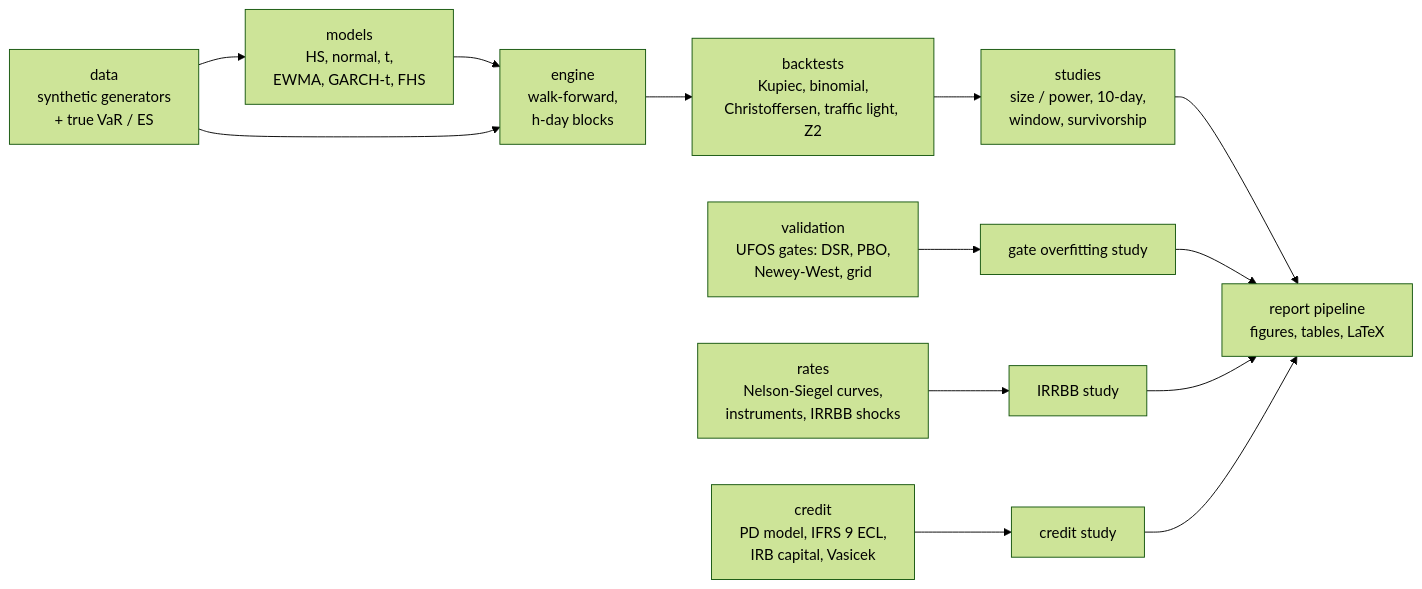
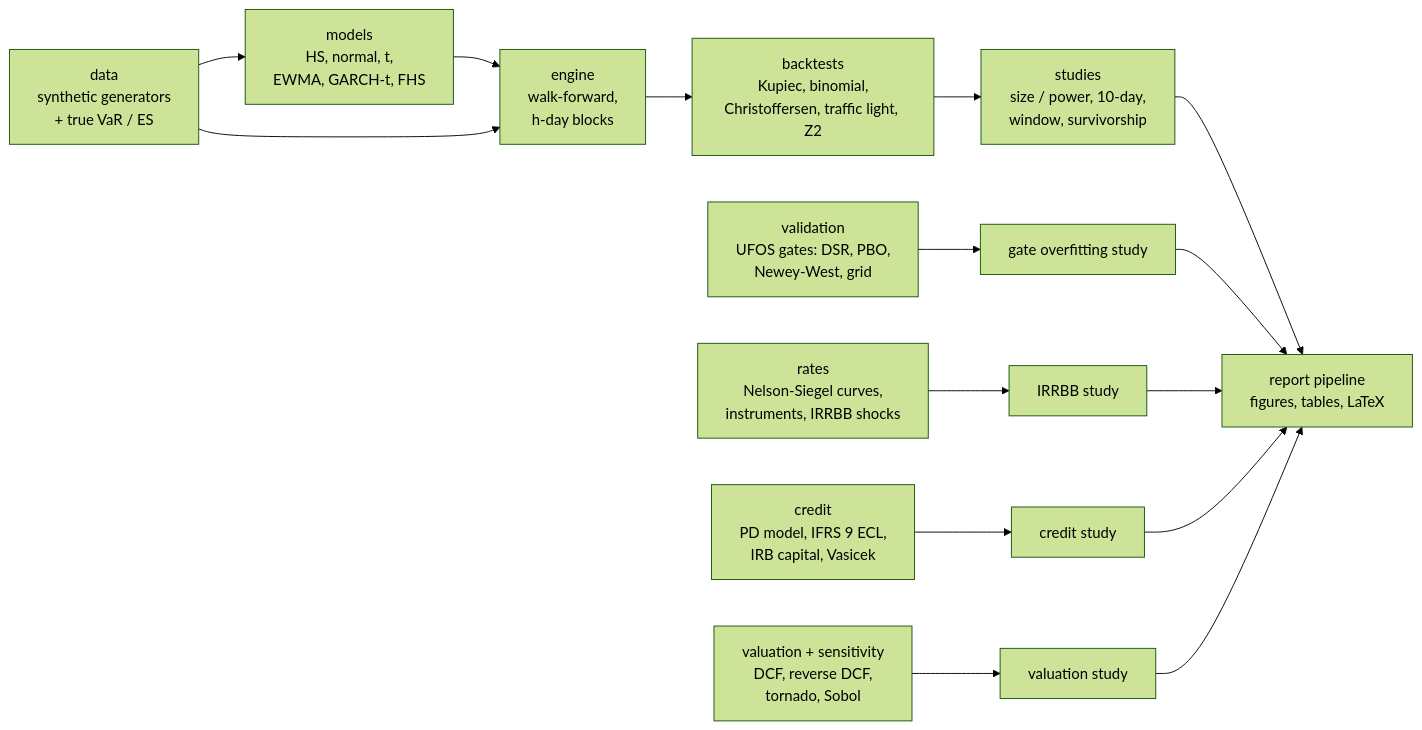
One commit to DasPinguinHD/UFOS.ai changed the diagram in UFOS.ai/RiskLab/README.md. Above: the diagram before and after it, drawn with Mermaid (forest theme). The commit also changed other lines of this file and 52 other files, not shown here.

First line of the commit message:
RiskLab v0.9: reverse DCF and sensitivity analysis

````diff
--- a/UFOS.ai/RiskLab/README.md
+++ b/UFOS.ai/RiskLab/README.md
@@ -127,15 +138,17 @@
 ```mermaid
 flowchart LR
     D["data<br/>synthetic generators<br/>+ true VaR / ES"] --> M["models<br/>HS, normal, t,<br/>EWMA, GARCH-t, FHS"]
     M --> E["engine<br/>walk-forward,<br/>h-day blocks"]
     D --> E
     E --> B["backtests<br/>Kupiec, binomial,<br/>Christoffersen, traffic light, Z2"]
     B --> S["studies<br/>size / power, 10-day,<br/>window, survivorship"]
     V["validation<br/>UFOS gates: DSR, PBO,<br/>Newey-West, grid"] --> S2["gate overfitting study"]
     S --> R["report pipeline<br/>figures, tables, LaTeX"]
     S2 --> R
     C["rates<br/>Nelson-Siegel curves,<br/>instruments, IRRBB shocks"] --> S3["IRRBB study"]
     S3 --> R
     K["credit<br/>PD model, IFRS 9 ECL,<br/>IRB capital, Vasicek"] --> S4["credit study"]
     S4 --> R
+    VA["valuation + sensitivity<br/>DCF, reverse DCF,<br/>tornado, Sobol"] --> S5["valuation study"]
+    S5 --> R
 ```
````
